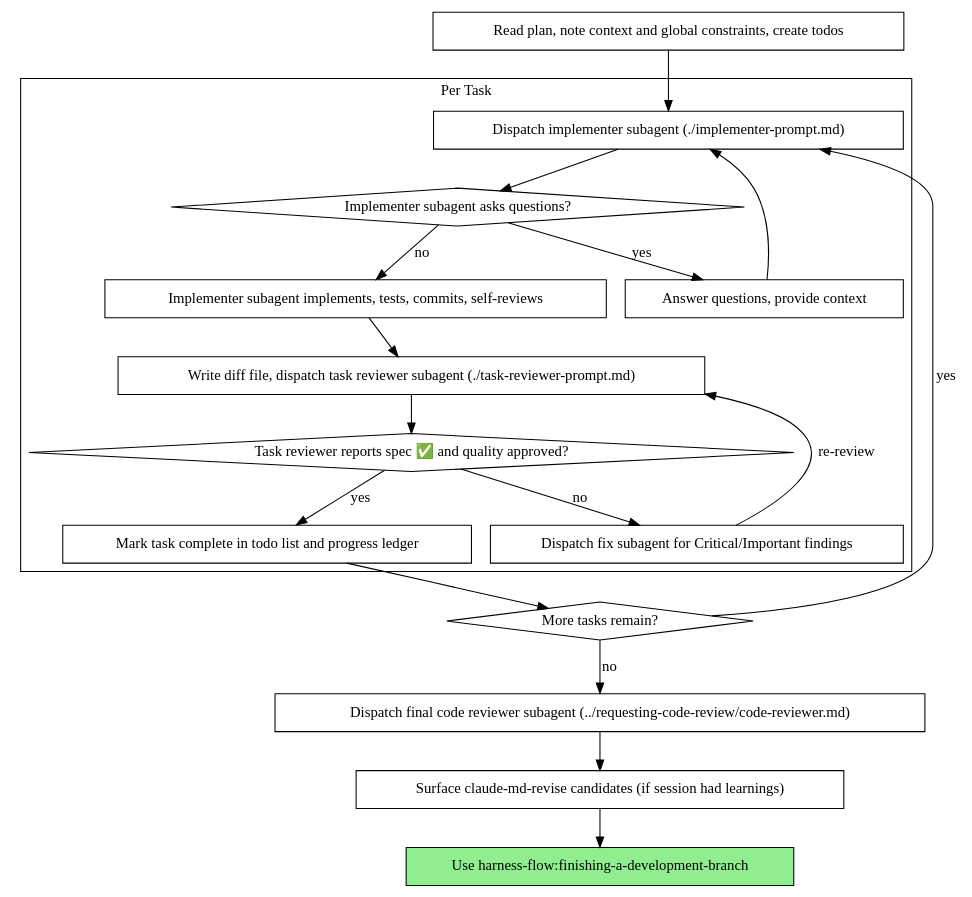
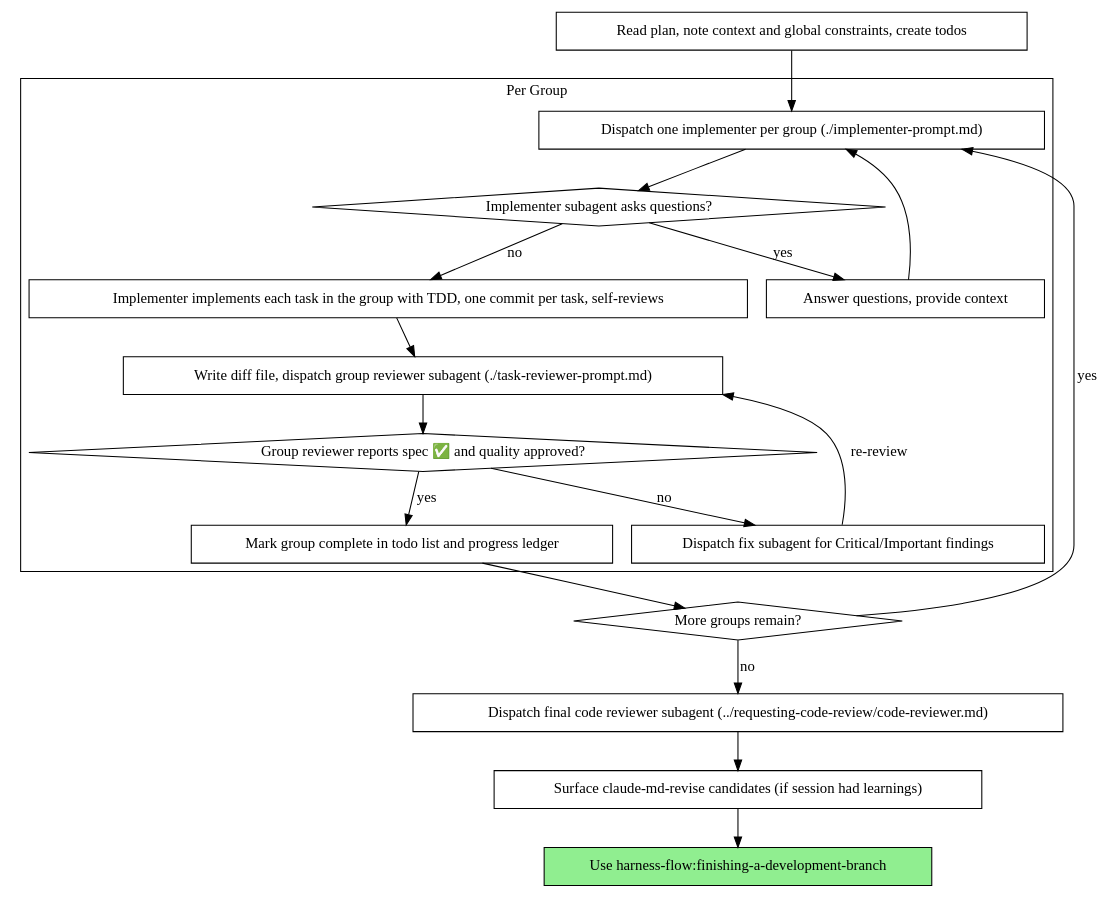
Before and after one commit to wonjinsin/harness-flow: the second of 2 diagrams in skills/subagent-driven-development/SKILL.md, drawn with Graphviz. The commit also changed other lines of this file and 10 other files, not shown here.

First line of the commit message:
feat(sdd): coarsen dispatch to Task Groups with inline path + model tiering

````diff
--- a/skills/subagent-driven-development/SKILL.md
+++ b/skills/subagent-driven-development/SKILL.md
@@ -37,39 +56,39 @@
 ```dot
 digraph process {
     rankdir=TB;
 
-    subgraph cluster_per_task {
-        label="Per Task";
-        "Dispatch implementer subagent (./implementer-prompt.md)" [shape=box];
+    subgraph cluster_per_group {
+        label="Per Group";
+        "Dispatch one implementer per group (./implementer-prompt.md)" [shape=box];
         "Implementer subagent asks questions?" [shape=diamond];
         "Answer questions, provide context" [shape=box];
-        "Implementer subagent implements, tests, commits, self-reviews" [shape=box];
-        "Write diff file, dispatch task reviewer subagent (./task-reviewer-prompt.md)" [shape=box];
-        "Task reviewer reports spec ✅ and quality approved?" [shape=diamond];
+        "Implementer implements each task in the group with TDD, one commit per task, self-reviews" [shape=box];
+        "Write diff file, dispatch group reviewer subagent (./task-reviewer-prompt.md)" [shape=box];
+        "Group reviewer reports spec ✅ and quality approved?" [shape=diamond];
         "Dispatch fix subagent for Critical/Important findings" [shape=box];
-        "Mark task complete in todo list and progress ledger" [shape=box];
+        "Mark group complete in todo list and progress ledger" [shape=box];
     }
 
     "Read plan, note context and global constraints, create todos" [shape=box];
-    "More tasks remain?" [shape=diamond];
+    "More groups remain?" [shape=diamond];
     "Dispatch final code reviewer subagent (../requesting-code-review/code-reviewer.md)" [shape=box];
     "Surface claude-md-revise candidates (if session had learnings)" [shape=box];
     "Use harness-flow:finishing-a-development-branch" [shape=box style=filled fillcolor=lightgreen];
 
-    "Read plan, note context and global constraints, create todos" -> "Dispatch implementer subagent (./implementer-prompt.md)";
-    "Dispatch implementer subagent (./implementer-prompt.md)" -> "Implementer subagent asks questions?";
+    "Read plan, note context and global constraints, create todos" -> "Dispatch one implementer per group (./implementer-prompt.md)";
+    "Dispatch one implementer per group (./implementer-prompt.md)" -> "Implementer subagent asks questions?";
     "Implementer subagent asks questions?" -> "Answer questions, provide context" [label="yes"];
-    "Answer questions, provide context" -> "Dispatch implementer subagent (./implementer-prompt.md)";
-    "Implementer subagent asks questions?" -> "Implementer subagent implements, tests, commits, self-reviews" [label="no"];
-    "Implementer subagent implements, tests, commits, self-reviews" -> "Write diff file, dispatch task reviewer subagent (./task-reviewer-prompt.md)";
-    "Write diff file, dispatch task reviewer subagent (./task-reviewer-prompt.md)" -> "Task reviewer reports spec ✅ and quality approved?";
-    "Task reviewer reports spec ✅ and quality approved?" -> "Dispatch fix subagent for Critical/Important findings" [label="no"];
-    "Dispatch fix subagent for Critical/Important findings" -> "Write diff file, dispatch task reviewer subagent (./task-reviewer-prompt.md)" [label="re-review"];
-    "Task reviewer reports spec ✅ and quality approved?" -> "Mark task complete in todo list and progress ledger" [label="yes"];
-    "Mark task complete in todo list and progress ledger" -> "More tasks remain?";
-    "More tasks remain?" -> "Dispatch implementer subagent (./implementer-prompt.md)" [label="yes"];
-    "More tasks remain?" -> "Dispatch final code reviewer subagent (../requesting-code-review/code-reviewer.md)" [label="no"];
+    "Answer questions, provide context" -> "Dispatch one implementer per group (./implementer-prompt.md)";
+    "Implementer subagent asks questions?" -> "Implementer implements each task in the group with TDD, one commit per task, self-reviews" [label="no"];
+    "Implementer implements each task in the group with TDD, one commit per task, self-reviews" -> "Write diff file, dispatch group reviewer subagent (./task-reviewer-prompt.md)";
+    "Write diff file, dispatch group reviewer subagent (./task-reviewer-prompt.md)" -> "Group reviewer reports spec ✅ and quality approved?";
+    "Group reviewer reports spec ✅ and quality approved?" -> "Dispatch fix subagent for Critical/Important findings" [label="no"];
+    "Dispatch fix subagent for Critical/Important findings" -> "Write diff file, dispatch group reviewer subagent (./task-reviewer-prompt.md)" [label="re-review"];
+    "Group reviewer reports spec ✅ and quality approved?" -> "Mark group complete in todo list and progress ledger" [label="yes"];
+    "Mark group complete in todo list and progress ledger" -> "More groups remain?";
+    "More groups remain?" -> "Dispatch one implementer per group (./implementer-prompt.md)" [label="yes"];
+    "More groups remain?" -> "Dispatch final code reviewer subagent (../requesting-code-review/code-reviewer.md)" [label="no"];
     "Dispatch final code reviewer subagent (../requesting-code-review/code-reviewer.md)" -> "Surface claude-md-revise candidates (if session had learnings)";
     "Surface claude-md-revise candidates (if session had learnings)" -> "Use harness-flow:finishing-a-development-branch";
 }
 ```
````
